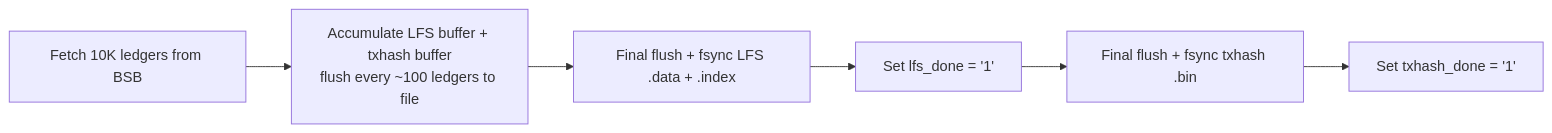
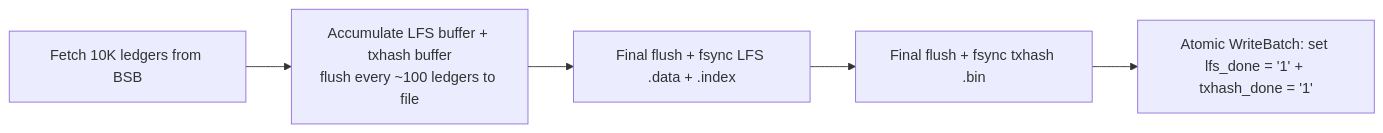
One commit to karthikiyer56/stellar-full-history-ingestion changed the second of 2 diagrams in design-docs-v2/11-checkpointing-and-transitions.md. Above: the diagram before and after it, drawn with Mermaid. The commit also changed other lines of this file and 8 other files, not shown here.

First line of the commit message:
docs: architecture review fixes — atomicity, crash recovery, lifecycle contracts

````diff
--- a/design-docs-v2/11-checkpointing-and-transitions.md
+++ b/design-docs-v2/11-checkpointing-and-transitions.md
@@ -218,8 +222,7 @@
 ```mermaid
 flowchart LR
     A["Fetch 10K ledgers from BSB"] --> B["Accumulate LFS buffer + txhash buffer<br/>flush every ~100 ledgers to file"]
     B --> C["Final flush + fsync LFS .data + .index"]
-    C --> D["Set lfs_done = '1'"]
-    D --> E["Final flush + fsync txhash .bin"]
-    E --> F["Set txhash_done = '1'"]
+    C --> E["Final flush + fsync txhash .bin"]
+    E --> F["Atomic WriteBatch: set lfs_done = '1' + txhash_done = '1'"]
 ```
````
